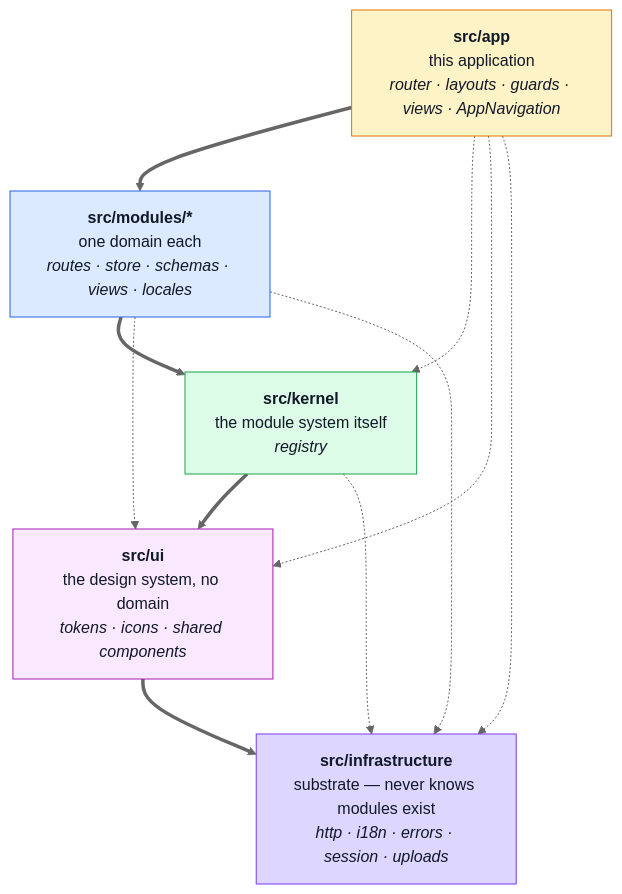
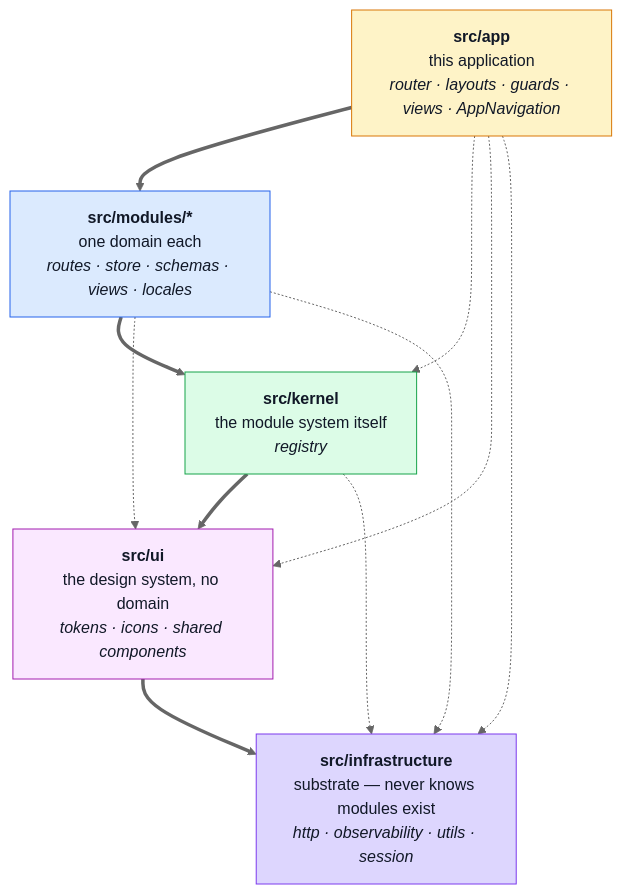
Before and after one commit to Guebbit/boilerplate-vue-frontend: the first of 2 diagrams in docs/theory/modules.md, drawn with Mermaid (neutral theme). The commit also changed other lines of this file and 11 other files, not shown here.

````diff
--- a/docs/theory/modules.md
+++ b/docs/theory/modules.md
@@ -18,28 +18,28 @@
 ```mermaid
 %%{init: {'flowchart': {'nodeSpacing': 50, 'rankSpacing': 55}}}%%
 flowchart TD
     A["<b>src/app</b><br/>this application<br/><i>router · layouts · guards · views · AppNavigation</i>"]
     M["<b>src/modules/*</b><br/>one domain each<br/><i>routes · store · schemas · views · locales</i>"]
     P["<b>src/kernel</b><br/>the module system itself<br/><i>registry</i>"]
     U["<b>src/ui</b><br/>the design system, no domain<br/><i>tokens · icons · shared components</i>"]
-    C["<b>src/infrastructure</b><br/>substrate — never knows modules exist<br/><i>http · i18n · errors · session · uploads</i>"]
+    C["<b>src/infrastructure</b><br/>substrate — never knows modules exist<br/><i>http · observability · utils · session</i>"]
 
     A ==> M ==> P ==> U ==> C
     A -.-> P
     A -.-> U
     A -.-> C
     M -.-> U
     M -.-> C
     P -.-> C
 
     classDef app fill:#fef3c7,stroke:#d97706,color:#111827;
     classDef domain fill:#dbeafe,stroke:#2563eb,color:#111827;
     classDef plat fill:#dcfce7,stroke:#16a34a,color:#111827;
     classDef ui fill:#fae8ff,stroke:#a21caf,color:#111827;
     classDef core fill:#ddd6fe,stroke:#7c3aed,color:#111827;
     class A app;
     class M domain;
     class P plat;
     class U ui;
     class C core;
 ```
````
